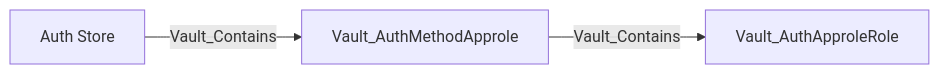
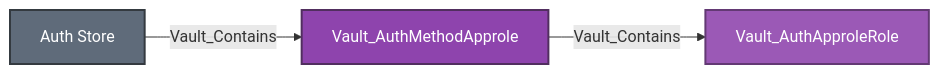
Before and after one commit to bytewreck/opengraph-vault: the sixth of 28 diagrams in Documentation/stores/AUTH.md, drawn with Mermaid. The commit also changed other lines of this file, not shown here.

````diff
--- a/Documentation/stores/AUTH.md
+++ b/Documentation/stores/AUTH.md
@@ -233,5 +262,9 @@
 ```mermaid
 flowchart LR
-    store[Auth Store] -->|Vault_Contains| method[Vault_AuthMethodApprole]
-    method -->|Vault_Contains| role[Vault_AuthApproleRole]
+    store[Auth Store]:::storeNode -->|Vault_Contains| method[Vault_AuthMethodApprole]:::authMethodNode
+    method -->|Vault_Contains| role[Vault_AuthApproleRole]:::authRoleNode
+
+    classDef storeNode fill:#5F6B7A,color:#fff,stroke:#343A40,stroke-width:2px
+    classDef authMethodNode fill:#8E44AD,color:#fff,stroke:#512E5F,stroke-width:2px
+    classDef authRoleNode fill:#9B59B6,color:#fff,stroke:#633974,stroke-width:2px
 ```
````
